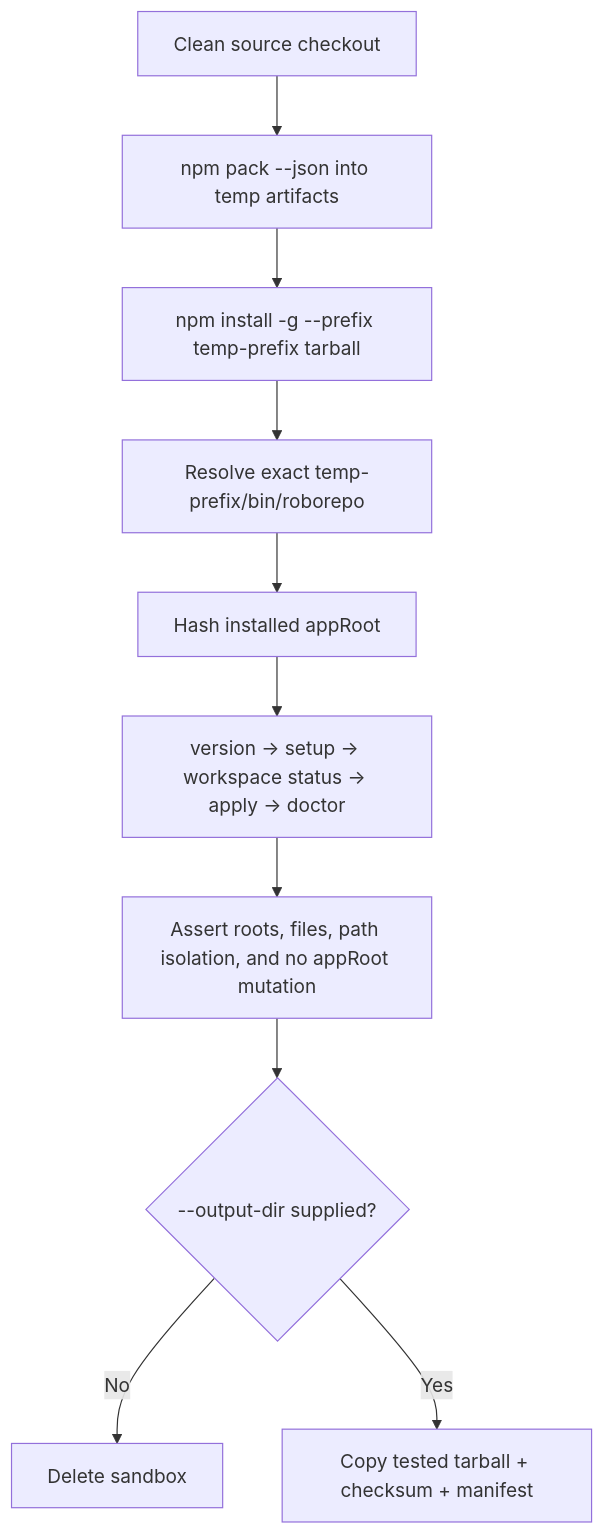
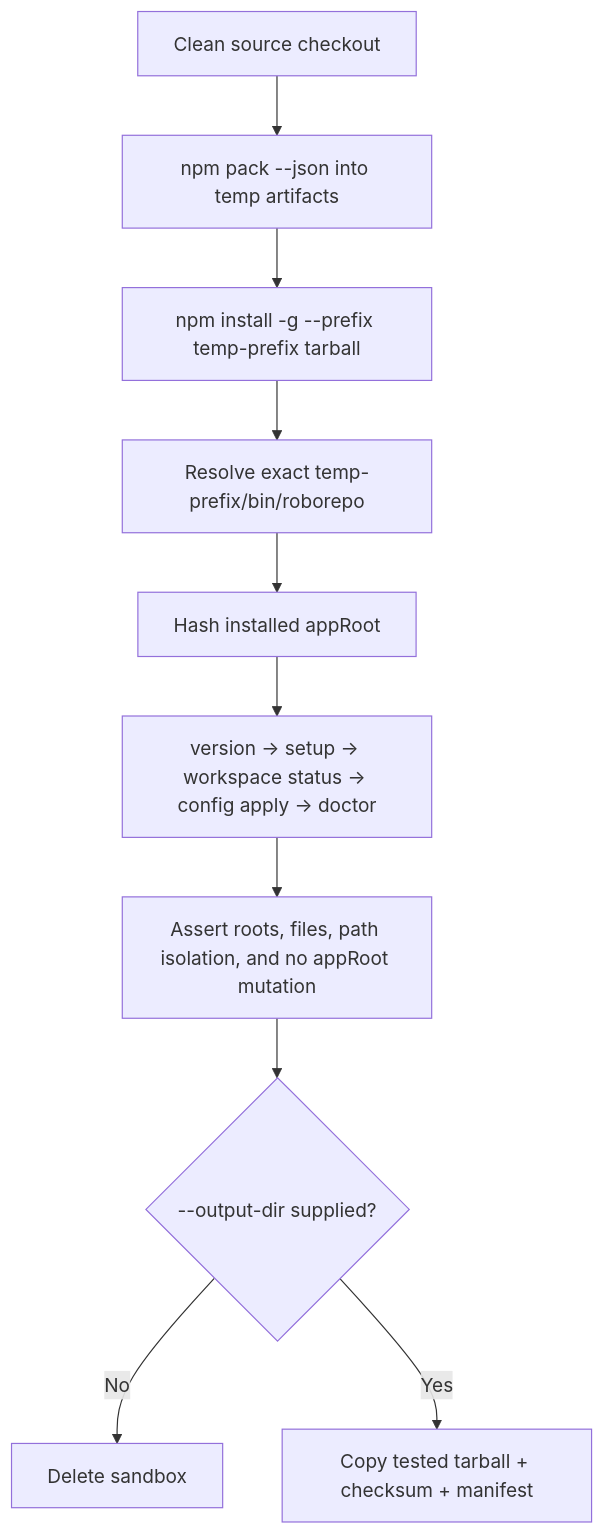
The diagram in docs/plans/active/infra-packaging-01-new-mac-install.md (kirinmurphy/harness_configs), drawn with Mermaid before and after one commit. The commit also changed other lines of this file and 16 other files, not shown here.

````diff
--- a/docs/plans/active/infra-packaging-01-new-mac-install.md
+++ b/docs/plans/active/infra-packaging-01-new-mac-install.md
@@ -155,12 +180,12 @@
 ```mermaid
 flowchart TD
   Repo[Clean source checkout] --> Pack[npm pack --json into temp artifacts]
   Pack --> Install[npm install -g --prefix temp-prefix tarball]
   Install --> Resolve[Resolve exact temp-prefix/bin/roborepo]
   Resolve --> Snapshot[Hash installed appRoot]
-  Snapshot --> Commands[version → setup → workspace status → apply → doctor]
+  Snapshot --> Commands[version → setup → workspace status → config apply → doctor]
   Commands --> Assertions[Assert roots, files, path isolation, and no appRoot mutation]
   Assertions --> Retain{--output-dir supplied?}
   Retain -->|No| Cleanup[Delete sandbox]
   Retain -->|Yes| Artifact[Copy tested tarball + checksum + manifest]
 ```
````
